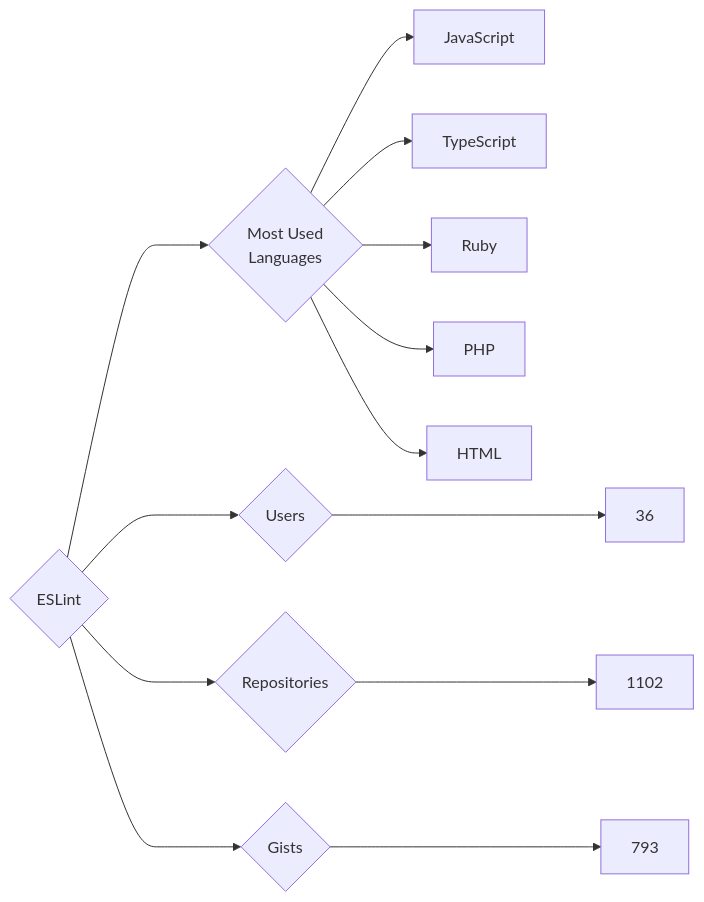
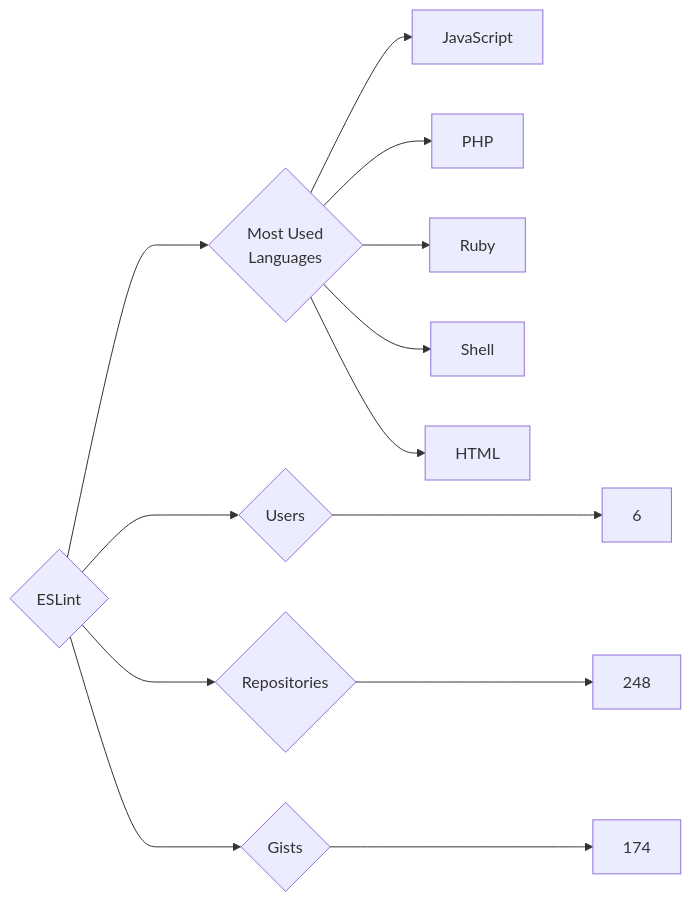
One commit to trickest/insiders changed the diagram in targets/ESLint/README.md. Above: the diagram before and after it, drawn with Mermaid. The commit also changed 934 other files, not shown here.

````diff
--- a/targets/ESLint/README.md
+++ b/targets/ESLint/README.md
@@ -3,13 +3,13 @@
 ```mermaid
 graph LR
 COMPANY_NAME{ESLint}
-COMPANY_NAME ---> U{Users} ---> UN[36]
-COMPANY_NAME ---> R{Repositories} ---> RN[1102]
-COMPANY_NAME ---> G{Gists} ---> GN[793]
+COMPANY_NAME ---> U{Users} ---> UN[6]
+COMPANY_NAME ---> R{Repositories} ---> RN[248]
+COMPANY_NAME ---> G{Gists} ---> GN[174]
 COMPANY_NAME ---> ML{Most Used<br>Languages}
 ML --> JavaScript[JavaScript]
-ML --> TypeScript[TypeScript]
+ML --> PHP[PHP]
 ML --> Ruby[Ruby]
-ML --> PHP[PHP]
+ML --> Shell[Shell]
 ML --> HTML[HTML]
 ```
````
